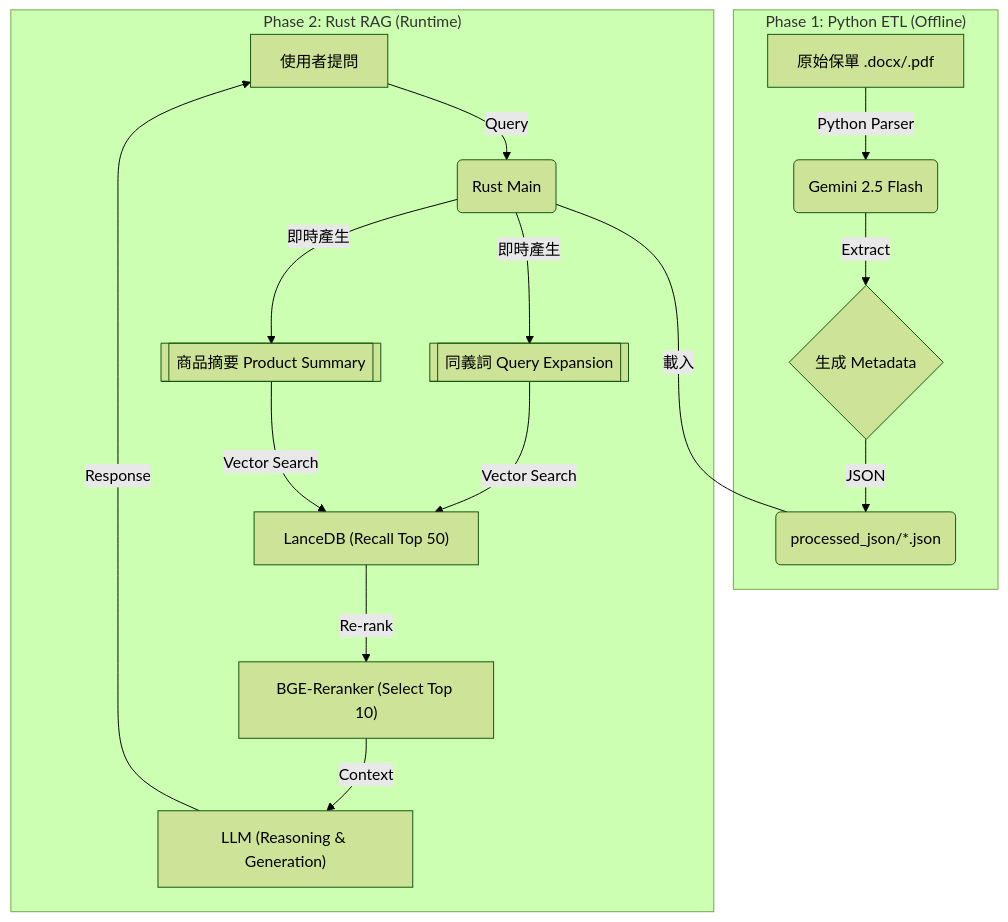
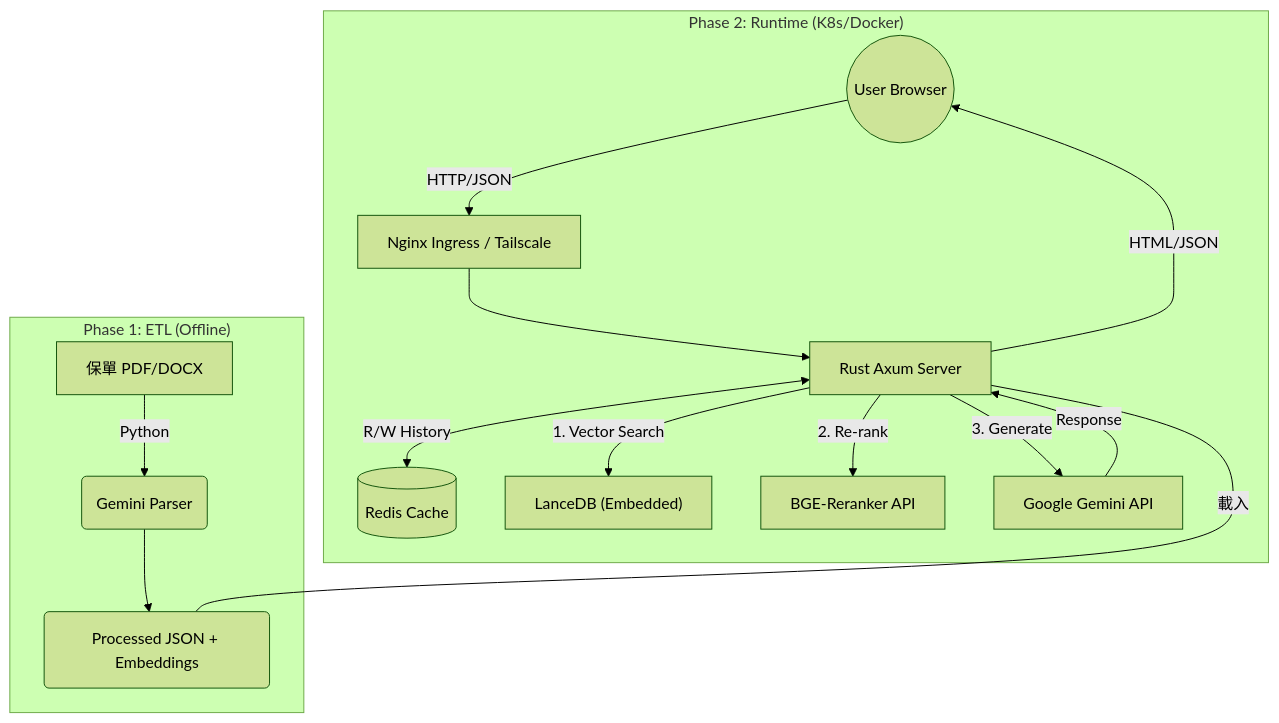
Before and after one commit to bhchou/insur-rag: the diagram in README.md, drawn with Mermaid (forest theme). The commit also changed other lines of this file and 1 other file, not shown here.

````diff
--- a/README.md
+++ b/README.md
@@ -30,20 +33,22 @@
 ```mermaid
 graph TD
-    subgraph "Phase 1: Python ETL (Offline)"
-        A["原始保單 .docx/.pdf"] -->|Python Parser| B("Gemini 2.5 Flash")
-        B -->|Extract| C{"生成 Metadata"}
-        C -->|JSON| F("processed_json/*.json")
+    subgraph "Phase 1: ETL (Offline)"
+        A["保單 PDF/DOCX"] -->|Python| B("Gemini Parser")
+        B --> F("Processed JSON + Embeddings")
     end
 
-    subgraph "Phase 2: Rust RAG (Runtime)"
-        User["使用者提問"] -->|Query| G("Rust Main")
-        G <---|載入| F
-        G -->|即時產生| H[["同義詞 Query Expansion"]]
-        G -->|即時產生| L[["商品摘要 Product Summary"]]
-        H -->|Vector Search| I["LanceDB (Recall Top 50)"]
-        L -->|Vector Search| I["LanceDB (Recall Top 50)"]
-        I -->|Re-rank| J["BGE-Reranker (Select Top 10)"]
-        J -->|Context| K["LLM (Reasoning & Generation)"]
-        K -->|Response| User
+    subgraph "Phase 2: Runtime (K8s/Docker)"
+        User((User Browser)) -->|HTTP/JSON| LB["Nginx Ingress / Tailscale"]
+        LB --> Web["Rust Axum Server"]
+        
+        Web <---|載入| F
+        Web <-->|R/W History| Redis[("Redis Cache")]
+        
+        Web -->|1. Vector Search| Lance["LanceDB (Embedded)"]
+        Web -->|2. Re-rank| Rerank["BGE-Reranker API"]
+        Web -->|3. Generate| Gemini["Google Gemini API"]
+        
+        Gemini -->|Response| Web
+        Web -->|HTML/JSON| User
     end
 ```
````
